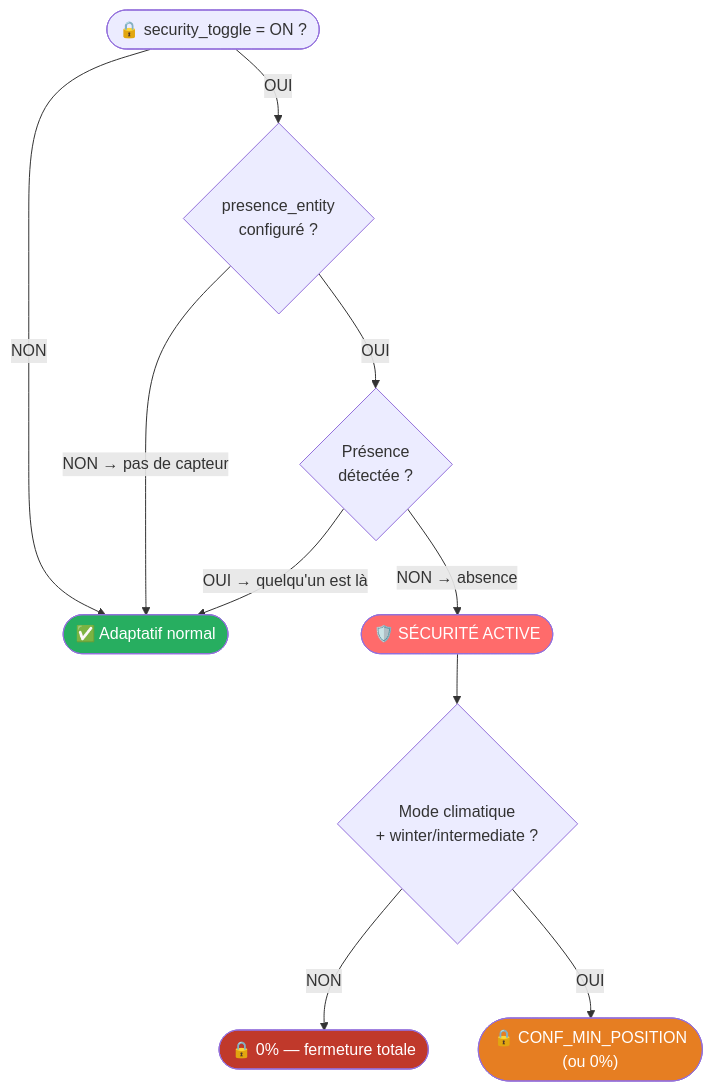
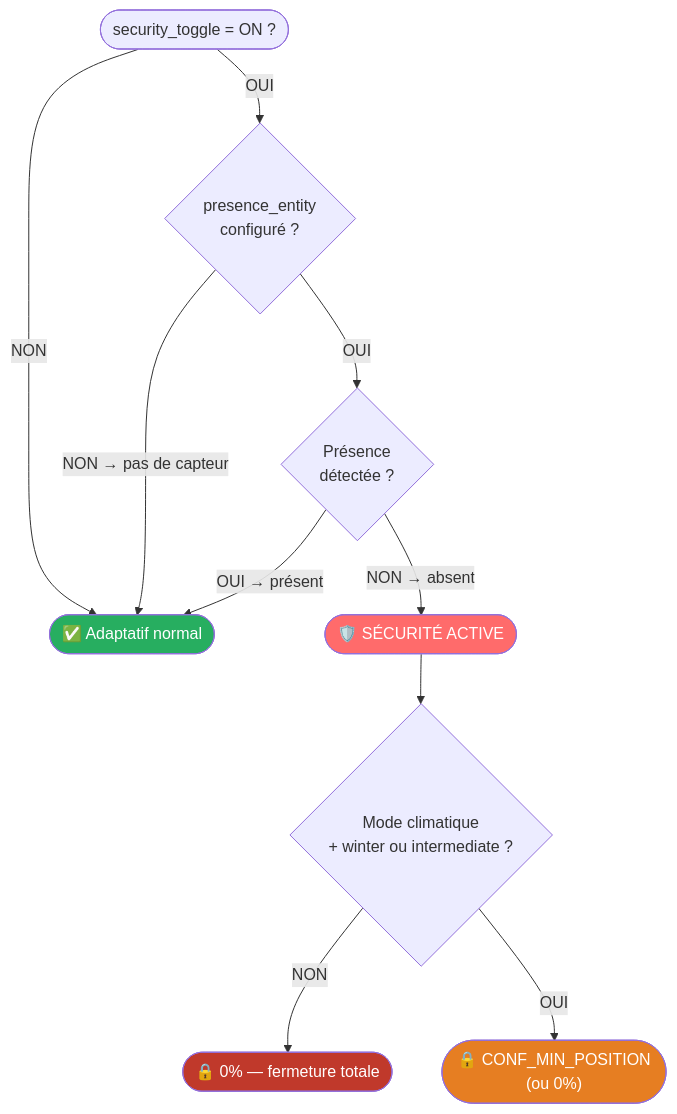
One commit to basbruss/adaptive-cover changed the third of 3 diagrams in custom_components/adaptive_cover/README.fr.md. Above: the diagram before and after it, drawn with Mermaid. The commit also changed other lines of this file, not shown here.

Commit message:
docs: flowchart complet avec mode sécurité + section Modes de contrôle

````diff
--- a/custom_components/adaptive_cover/README.fr.md
+++ b/custom_components/adaptive_cover/README.fr.md
@@ -74,26 +117,26 @@
 ```mermaid
 flowchart TD
-    A(["🔒 security_toggle = ON ?"])
+    A(["security_toggle = ON ?"])
     B{"presence_entity\nconfiguré ?"}
     C{"Présence\ndétectée ?"}
     D(["✅ Adaptatif normal"])
     E(["🛡️ SÉCURITÉ ACTIVE"])
-    F{"Mode climatique\n+ winter/intermediate ?"}
+    F{"Mode climatique\n+ winter ou intermediate ?"}
     G(["🔒 0% — fermeture totale"])
     H(["🔒 CONF_MIN_POSITION\n(ou 0%)"])
 
     A -->|NON| D
     A -->|OUI| B
     B -->|NON → pas de capteur| D
     B -->|OUI| C
-    C -->|OUI → quelqu'un est là| D
-    C -->|NON → absence| E
+    C -->|OUI → présent| D
+    C -->|NON → absent| E
     E --> F
     F -->|NON| G
     F -->|OUI| H
 
     style E fill:#ff6b6b,color:#fff
     style G fill:#c0392b,color:#fff
     style H fill:#e67e22,color:#fff
     style D fill:#27ae60,color:#fff
 ```
````
